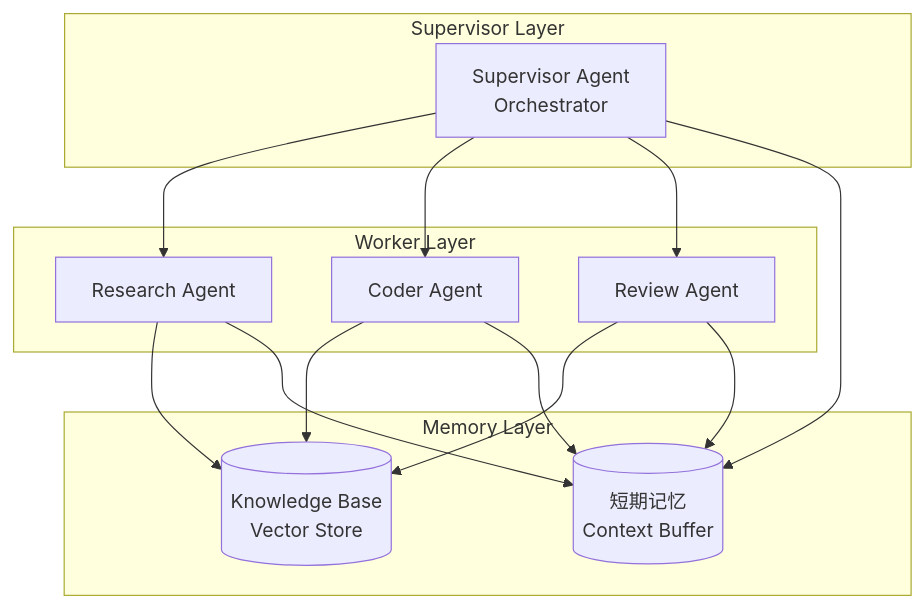
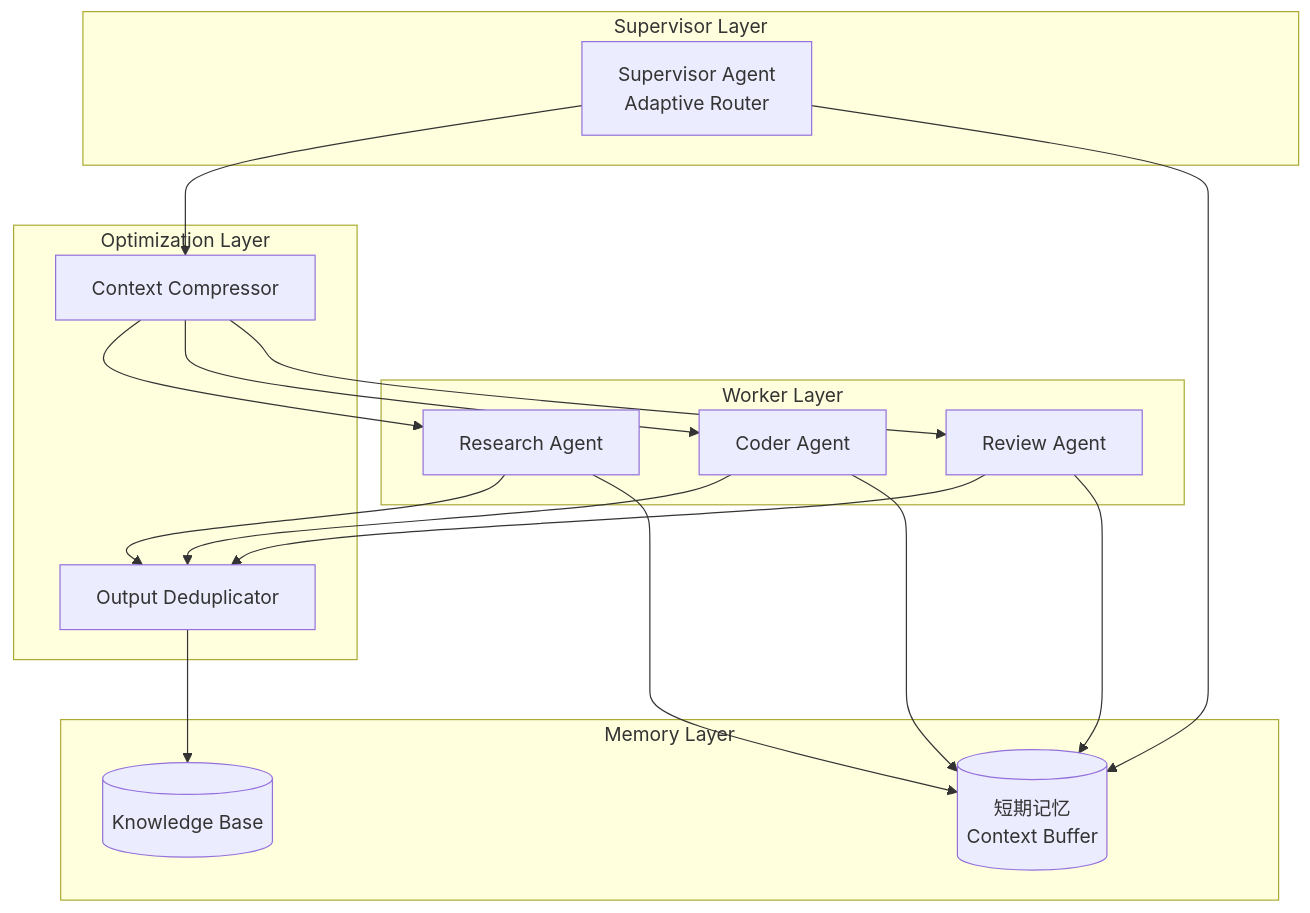
Before and after one commit to xiangbianpangde/mas-evolution-test: the diagram in ARCHITECTURE.md, drawn with Mermaid. The commit also changed other lines of this file, not shown here.

Commit message:
Update ARCHITECTURE.md: Gen3 topology and improvements

````diff
--- a/ARCHITECTURE.md
+++ b/ARCHITECTURE.md
@@ -5,28 +5,35 @@
 ```mermaid
 graph TB
     subgraph "Supervisor Layer"
-        S[Supervisor Agent<br/>Orchestrator]
+        S[Supervisor Agent<br/>Adaptive Router]
     end
     
     subgraph "Worker Layer"
         W1[Research Agent]
         W2[Coder Agent]
         W3[Review Agent]
     end
     
+    subgraph "Optimization Layer"
+        C[Context Compressor]
+        D[Output Deduplicator]
+    end
+    
     subgraph "Memory Layer"
-        KB[(Knowledge Base<br/>Vector Store)]
+        KB[(Knowledge Base)]
         MEM[(短期记忆<br/>Context Buffer)]
     end
     
-    S --> W1
-    S --> W2
-    S --> W3
-    W1 --> KB
-    W2 --> KB
-    W3 --> KB
+    S --> C
+    C --> W1
+    C --> W2
+    C --> W3
+    W1 --> D
+    W2 --> D
+    W3 --> D
+    D --> KB
     S --> MEM
     W1 --> MEM
     W2 --> MEM
     W3 --> MEM
 ```
````
